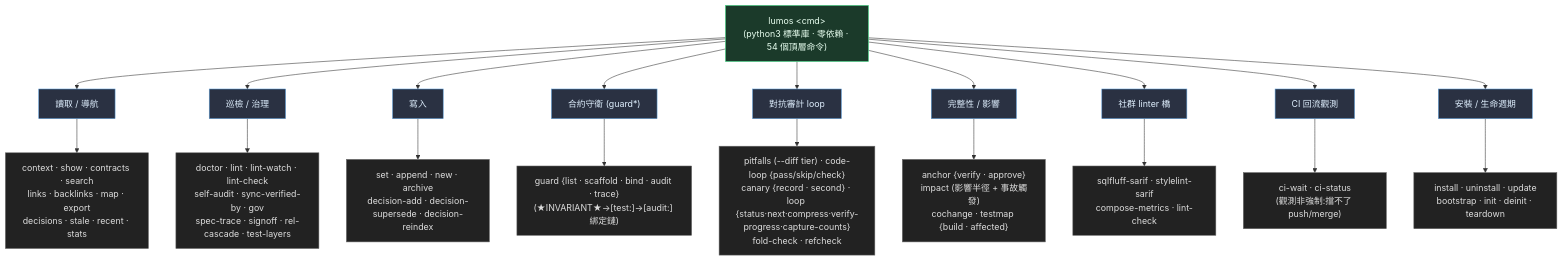
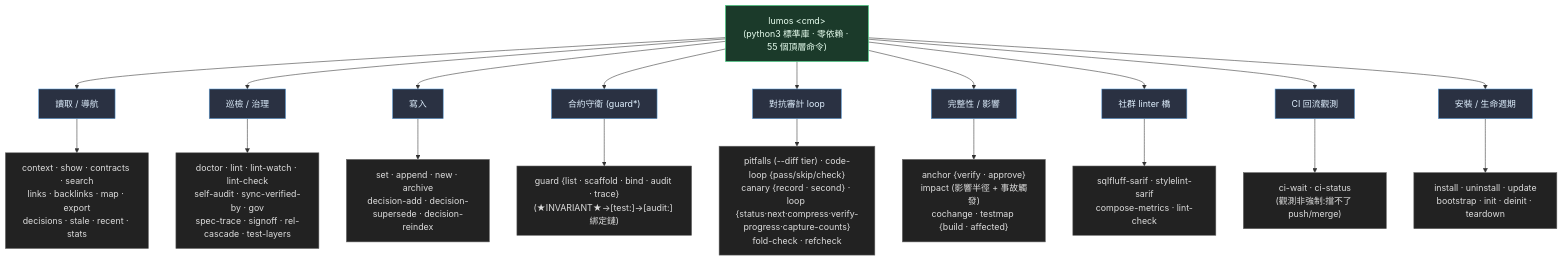
The third of 4 diagrams in ARCHITECTURE.md (EnzoHsieh-Android/Lumos), drawn with Mermaid before and after one commit. The commit also changed other lines of this file and 12 other files, not shown here.

First line of the commit message:
docs(graph): 驗證層自證三件落地同步——canary-audit/design-loop KEY+Verification 節點+計劃 done

````diff
--- a/ARCHITECTURE.md
+++ b/ARCHITECTURE.md
@@ -99,31 +99,31 @@
 ```mermaid
 flowchart TB
-    ROOT["lumos &lt;cmd&gt;<br/>(python3 標準庫 · 零依賴 · 54 個頂層命令)"]
+    ROOT["lumos &lt;cmd&gt;<br/>(python3 標準庫 · 零依賴 · 55 個頂層命令)"]
 
     ROOT --> READ["讀取 / 導航"]
     ROOT --> HEALTH["巡檢 / 治理"]
     ROOT --> WRITE["寫入"]
     ROOT --> GUARD["合約守衛 (guard*)"]
     ROOT --> LOOP["對抗審計 loop"]
     ROOT --> INTEG["完整性 / 影響"]
     ROOT --> SARIF["社群 linter 橋"]
     ROOT --> CI["CI 回流觀測"]
     ROOT --> LIFE["安裝 / 生命週期"]
 
     READ --> R["context · show · contracts · search<br/>links · backlinks · map · export<br/>decisions · stale · recent · stats"]
     HEALTH --> H["doctor · lint · lint-watch · lint-check<br/>self-audit · sync-verified-by · gov<br/>spec-trace · signoff · rel-cascade · test-layers"]
     CI --> C["ci-wait · ci-status<br/>(觀測非強制:擋不了 push/merge)"]
     WRITE --> W["set · append · new · archive<br/>decision-add · decision-supersede · decision-reindex"]
     GUARD --> G["guard {list · scaffold · bind · audit · trace}<br/>(★INVARIANT★→[test:]→[audit:] 綁定鏈)"]
     LOOP --> LP["pitfalls (--diff tier) · code-loop {pass/skip/check}<br/>canary {record · second} · loop {status·next·compress·verify-progress·capture-counts}<br/>fold-check · refcheck"]
     INTEG --> I["anchor {verify · approve}<br/>impact (影響半徑 + 事故觸發)<br/>cochange · testmap {build · affected}"]
     SARIF --> ST["sqlfluff-sarif · stylelint-sarif<br/>compose-metrics · lint-check"]
     LIFE --> L["install · uninstall · update<br/>bootstrap · init · deinit · teardown"]
 
     classDef root fill:#1b3a2a,stroke:#3ddc84,color:#e8fff0
     classDef cat fill:#2a3142,stroke:#5a9bd6,color:#e0f0ff
     classDef leaf fill:#222,stroke:#666,color:#ddd
     class ROOT root
     class READ,HEALTH,WRITE,GUARD,LOOP,INTEG,SARIF,CI,LIFE cat
     class R,H,W,G,LP,I,ST,C,L leaf
 ```
````
